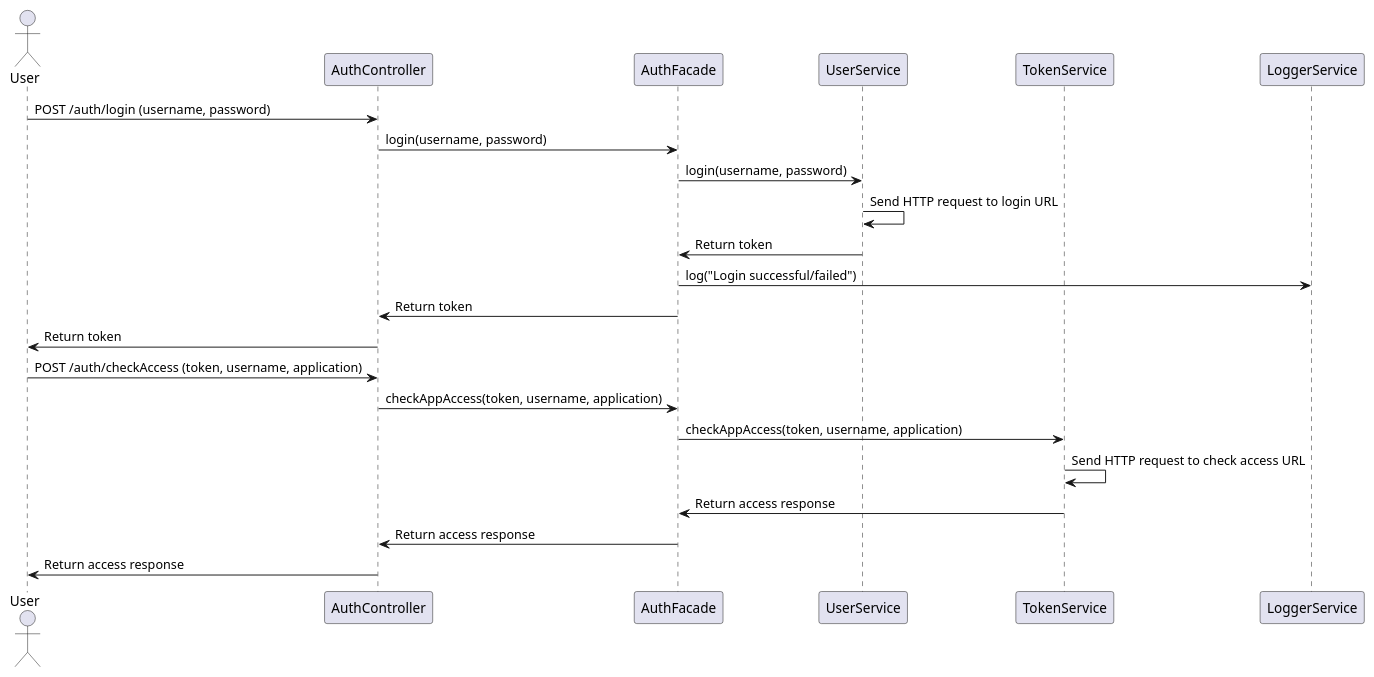
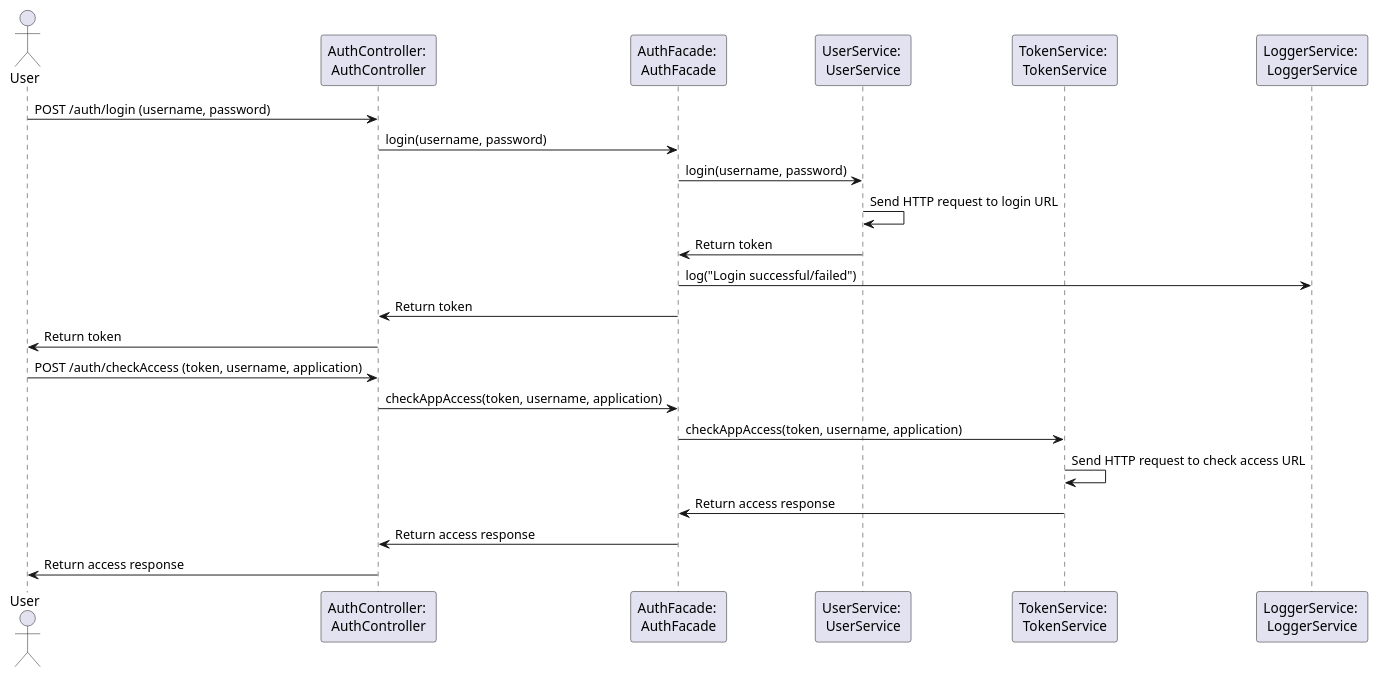
Before and after one commit to AIM-ENE-feb25/triptop-peak-performers-groep-1: the diagram in taha/Sequentiediagram prototype/sequentiediagram_taha.puml, drawn with PlantUML. The commit also changed 1 other file, not shown here.

Commit message:
sequencediagram facade aangepast

```diff
--- a/taha/Sequentiediagram prototype/sequentiediagram_taha.puml
+++ b/taha/Sequentiediagram prototype/sequentiediagram_taha.puml
@@ -1,26 +1,26 @@
 @startuml
 actor User
-participant "AuthController" as AC
-participant "AuthFacade" as AF
-participant "UserService" as US
-participant "TokenService" as TS
-participant "LoggerService" as LS
+participant "AuthController: \nAuthController" as AC
+participant "AuthFacade: \nAuthFacade" as AF
+participant "UserService: \nUserService" as US
+participant "TokenService: \nTokenService" as TS
+participant "LoggerService: \nLoggerService" as LS
 
 User -> AC: POST /auth/login (username, password)
 AC -> AF: login(username, password)
 AF -> US: login(username, password)
 US -> US: Send HTTP request to login URL
 US -> AF: Return token
 AF -> LS: log("Login successful/failed")
 AF -> AC: Return token
 AC -> User: Return token
 
 User -> AC: POST /auth/checkAccess (token, username, application)
 AC -> AF: checkAppAccess(token, username, application)
 AF -> TS: checkAppAccess(token, username, application)
 TS -> TS: Send HTTP request to check access URL
 TS -> AF: Return access response
 AF -> AC: Return access response
 AC -> User: Return access response
 
 @enduml
```
